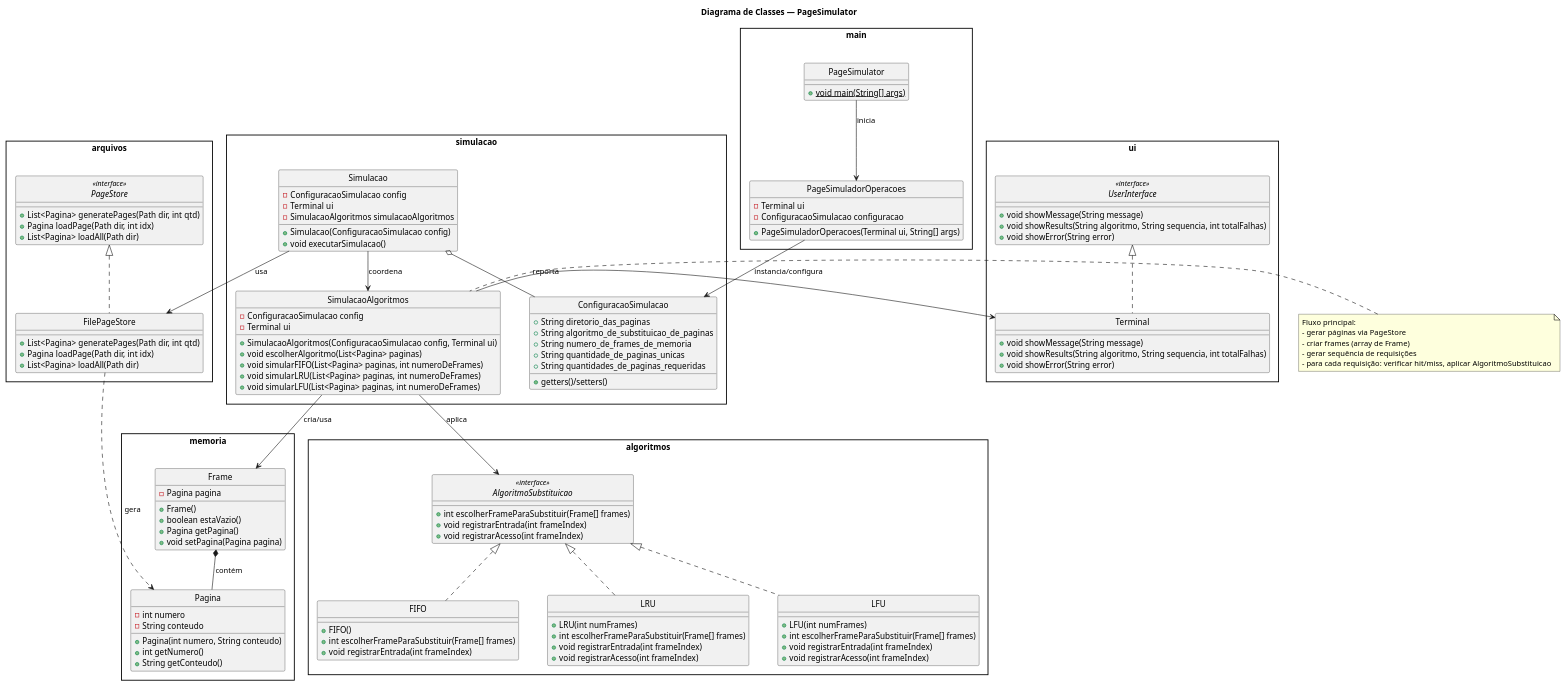
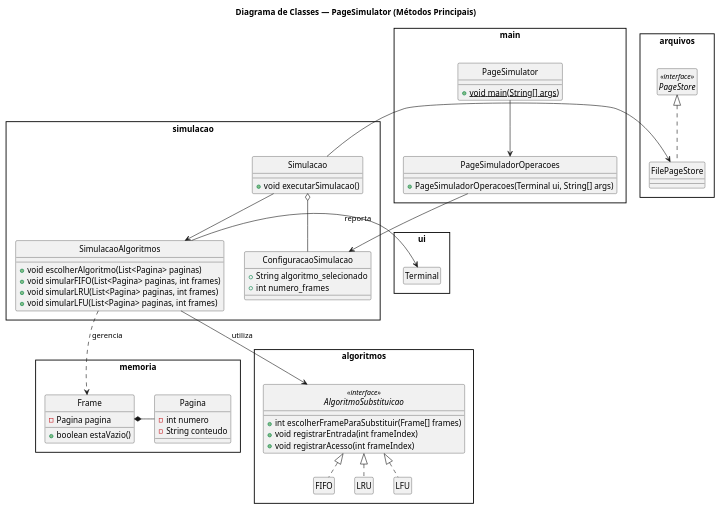
The diagram in docs/estrutura.puml (Bressane06/PageSimulator), drawn with PlantUML before and after one commit. The commit also changed 7 other files, not shown here.

```diff
--- a/docs/estrutura.puml
+++ b/docs/estrutura.puml
@@ -1,140 +1,102 @@
 @startuml
-' Configurações de Aparência
+' Configurações para otimização de espaço
 skinparam Style strictuml
 skinparam PackageStyle rectangle
 skinparam shadowing false
-skinparam Nodesep 50
-skinparam Ranksep 50
+skinparam Nodesep 35
+skinparam Ranksep 40
 
-title Diagrama de Classes — PageSimulator
+title Diagrama de Classes — PageSimulator (Métodos Principais)
 
+' Pacote de Algoritmos - Foco na Lógica de Substituição
 package "algoritmos" {
     interface AlgoritmoSubstituicao <<interface>> {
         +int escolherFrameParaSubstituir(Frame[] frames)
         +void registrarEntrada(int frameIndex)
         +void registrarAcesso(int frameIndex)
     }
-    class FIFO implements AlgoritmoSubstituicao {
-        +FIFO()
-        +int escolherFrameParaSubstituir(Frame[] frames)
-        +void registrarEntrada(int frameIndex)
+    class FIFO implements AlgoritmoSubstituicao
+    class LRU implements AlgoritmoSubstituicao
+    class LFU implements AlgoritmoSubstituicao
+}
+
+' Pacote de Memória - Foco na estrutura de dados
+package "memoria" {
+    class Frame {
+        -Pagina pagina
+        +boolean estaVazio()
     }
-    class LRU implements AlgoritmoSubstituicao {
-        +LRU(int numFrames)
-        +int escolherFrameParaSubstituir(Frame[] frames)
-        +void registrarEntrada(int frameIndex)
-        +void registrarAcesso(int frameIndex)
-    }
-    class LFU implements AlgoritmoSubstituicao {
-        +LFU(int numFrames)
-        +int escolherFrameParaSubstituir(Frame[] frames)
-        +void registrarEntrada(int frameIndex)
-        +void registrarAcesso(int frameIndex)
+    class Pagina {
+        -int numero
+        -String conteudo
     }
 }
 
+' Pacote de Arquivos - Foco no IO
 package "arquivos" {
     interface PageStore <<interface>> {
         +List<Pagina> generatePages(Path dir, int qtd)
         +Pagina loadPage(Path dir, int idx)
-        +List<Pagina> loadAll(Path dir)
     }
-    class FilePageStore implements PageStore {
-        +List<Pagina> generatePages(Path dir, int qtd)
-        +Pagina loadPage(Path dir, int idx)
-        +List<Pagina> loadAll(Path dir)
+    class FilePageStore implements PageStore
+}
+
+' Pacote de Simulação - O "Cérebro" do projeto
+package "simulacao" {
+    class ConfiguracaoSimulacao {
+        +String algoritmo_selecionado
+        +int numero_frames
+    }
+    class Simulacao {
+        +void executarSimulacao()
+    }
+    class SimulacaoAlgoritmos {
+        +void escolherAlgoritmo(List<Pagina> paginas)
+        +void simularFIFO(List<Pagina> paginas, int frames)
+        +void simularLRU(List<Pagina> paginas, int frames)
+        +void simularLFU(List<Pagina> paginas, int frames)
     }
 }
 
-package "memoria" {
-    class Frame {
-        -Pagina pagina
-        +Frame()
-        +boolean estaVazio()
-        +Pagina getPagina()
-        +void setPagina(Pagina pagina)
-    }
-    class Pagina {
-        -int numero
-        -String conteudo
-        +Pagina(int numero, String conteudo)
-        +int getNumero()
-        +String getConteudo()
-    }
-}
-
+' Pacote UI e Main - Entrada e Saída
 package "ui" {
-    interface UserInterface <<interface>> {
-        +void showMessage(String message)
-        +void showResults(String algoritmo, String sequencia, int totalFalhas)
+    class Terminal {
+        +void showResults(String alg, String seq, int falhas)
         +void showError(String error)
-    }
-    class Terminal implements UserInterface {
-        +void showMessage(String message)
-        +void showResults(String algoritmo, String sequencia, int totalFalhas)
-        +void showError(String error)
-    }
-}
-
-package "simulacao" {
-    class ConfiguracaoSimulacao {
-        +String diretorio_das_paginas
-        +String algoritmo_de_substituicao_de_paginas
-        +String numero_de_frames_de_memoria
-        +String quantidade_de_paginas_unicas
-        +String quantidades_de_paginas_requeridas
-        +getters()/setters()
-    }
-    class Simulacao {
-        -ConfiguracaoSimulacao config
-        -Terminal ui
-        -SimulacaoAlgoritmos simulacaoAlgoritmos
-        +Simulacao(ConfiguracaoSimulacao config)
-        +void executarSimulacao()
-    }
-    class SimulacaoAlgoritmos {
-        -ConfiguracaoSimulacao config
-        -Terminal ui
-        +SimulacaoAlgoritmos(ConfiguracaoSimulacao config, Terminal ui)
-        +void escolherAlgoritmo(List<Pagina> paginas)
-        +void simularFIFO(List<Pagina> paginas, int numeroDeFrames)
-        +void simularLRU(List<Pagina> paginas, int numeroDeFrames)
-        +void simularLFU(List<Pagina> paginas, int numeroDeFrames)
     }
 }
 
 package "main" {
     class PageSimulator {
-        + {static} void main(String[] args)
+        +{static} void main(String[] args)
     }
     class PageSimuladorOperacoes {
-        -Terminal ui
-        -ConfiguracaoSimulacao configuracao
         +PageSimuladorOperacoes(Terminal ui, String[] args)
     }
 }
 
-' Relações de Dependência e Composição (layout)
-PageSimulator --> PageSimuladorOperacoes : inicia
-PageSimuladorOperacoes --> simulacao.ConfiguracaoSimulacao : instancia/configura
-simulacao.Simulacao o-- simulacao.ConfiguracaoSimulacao
-simulacao.Simulacao --> simulacao.SimulacaoAlgoritmos : coordena
-simulacao.Simulacao --> arquivos.FilePageStore : usa
+' --- ORGANIZAÇÃO DAS RELAÇÕES (LAYOUT VERTICAL) ---
 
-simulacao.SimulacaoAlgoritmos -down-> algoritmos.AlgoritmoSubstituicao : aplica
-simulacao.SimulacaoAlgoritmos -right-> ui.Terminal : reporta
+' Fluxo Principal
+PageSimulator -down-> PageSimuladorOperacoes
+PageSimuladorOperacoes -down-> ConfiguracaoSimulacao
+Simulacao o-down- ConfiguracaoSimulacao
+Simulacao -down-> SimulacaoAlgoritmos
+Simulacao -right-> FilePageStore
 
-' Memória
-memoria.Frame *-- memoria.Pagina : contém
-simulacao.SimulacaoAlgoritmos --> memoria.Frame : cria/usa
-arquivos.FilePageStore ..> memoria.Pagina : gera
+' Interações de Simulação
+SimulacaoAlgoritmos -down-> AlgoritmoSubstituicao : utiliza
+SimulacaoAlgoritmos -left-> Terminal : reporta
+SimulacaoAlgoritmos ..> Frame : gerencia
 
-note left of simulacao.SimulacaoAlgoritmos
-  Fluxo principal:
-  - gerar páginas via PageStore
-  - criar frames (array de Frame)
-  - gerar sequência de requisições
-  - para cada requisição: verificar hit/miss, aplicar AlgoritmoSubstituicao
-end note
+' Estrutura
+Frame *-right- Pagina
+
+' Ajuste de visibilidade: esconde membros repetitivos
+hide FIFO members
+hide LRU members
+hide LFU members
+hide PageStore members
+hide Terminal members
 
 @enduml
```
